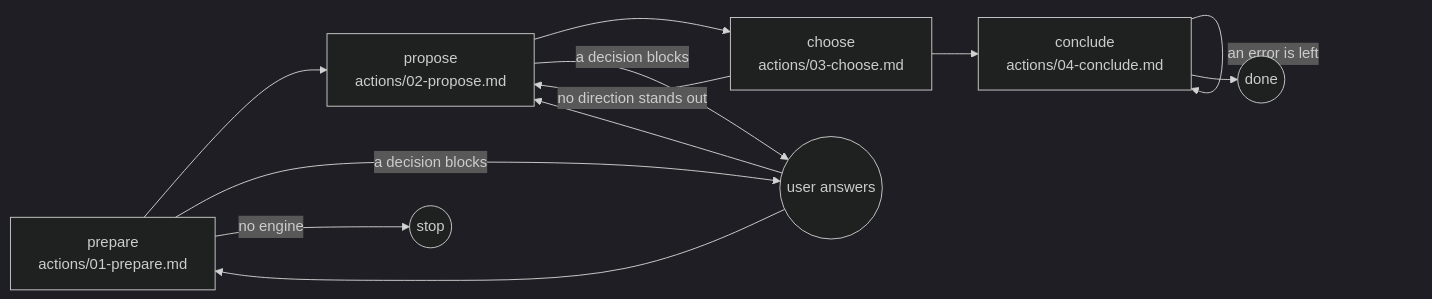
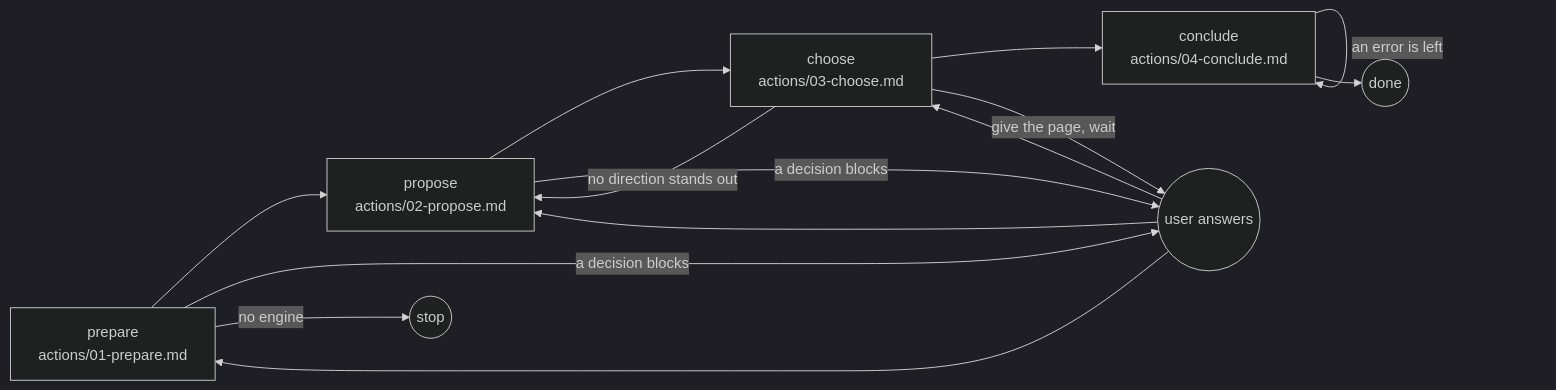
The diagram in plugins/aidd-ui/skills/02-brand/SKILL.md (ai-driven-dev/framework), drawn with Mermaid (dark theme) before and after one commit. The commit also changed other lines of this file and 34 other files, not shown here.

````diff
--- a/plugins/aidd-ui/skills/02-brand/SKILL.md
+++ b/plugins/aidd-ui/skills/02-brand/SKILL.md
@@ -10,14 +10,16 @@
 ```mermaid
 flowchart LR
   prepare["prepare<br>actions/01-prepare.md"] --> propose["propose<br>actions/02-propose.md"]
   propose --> choose["choose<br>actions/03-choose.md"]
   choose --> conclude["conclude<br>actions/04-conclude.md"]
   prepare -->|"a decision blocks"| user((user answers))
   propose -->|"a decision blocks"| user
   choose -->|"no direction stands out"| propose
+  choose -->|"give the page, wait"| user
   user --> prepare
   user --> propose
+  user --> choose
   conclude -->|"an error is left"| conclude
   conclude --> done((done))
   prepare -->|"no engine"| stop((stop))
 ```
````
